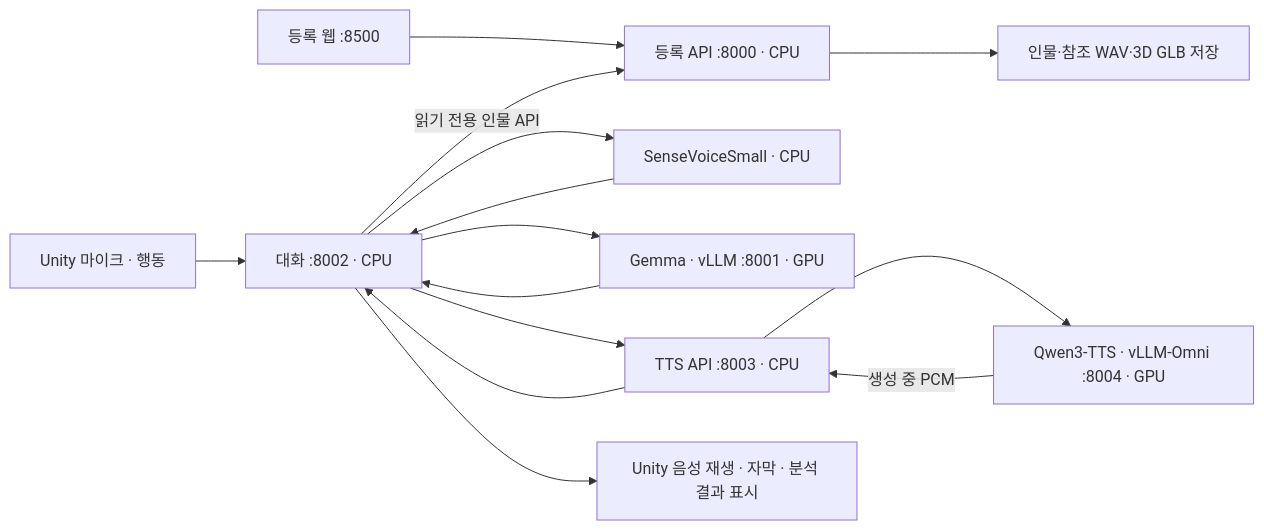
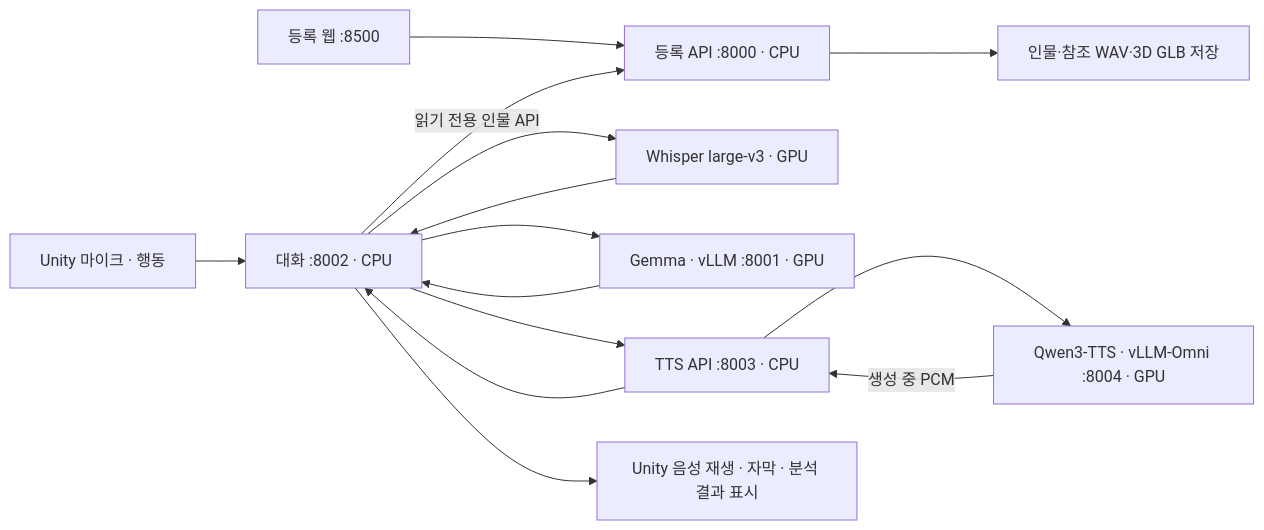
The diagram in docs/서버_음성대화_구조.md (yunji009990/Capstone-Design), drawn with Mermaid before and after one commit. The commit also changed other lines of this file and 144 other files, not shown here.

````diff
--- a/docs/서버_음성대화_구조.md
+++ b/docs/서버_음성대화_구조.md
@@ -19,16 +35,16 @@
 ```mermaid
 flowchart LR
     W[등록 웹 :8500] --> S[등록 API :8000 · CPU]
     S --> F[인물·참조 WAV·3D GLB 저장]
     U[Unity 마이크 · 행동] --> D[대화 :8002 · CPU]
     D -->|읽기 전용 인물 API| S
-    D --> A[SenseVoiceSmall · CPU]
+    D --> A[Whisper large-v3 · GPU]
     A --> D
     D --> L[Gemma · vLLM :8001 · GPU]
     L --> D
     D --> T[TTS API :8003 · CPU]
     T --> Q[Qwen3-TTS · vLLM-Omni :8004 · GPU]
     Q -->|생성 중 PCM| T
     T --> D
     D --> P[Unity 음성 재생 · 자막 · 분석 결과 표시]
 ```
````
